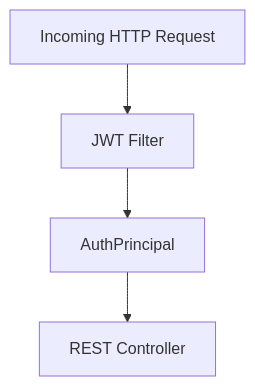
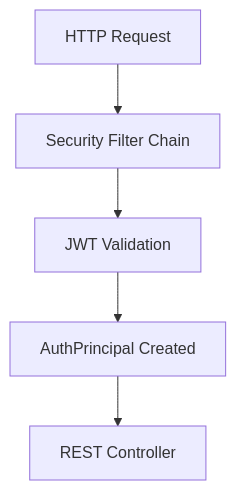
One commit to flamingo-stack/openframe-oss-lib changed the fifth of 5 diagrams in docs/reference/architecture/api-service-core-rest-controllers/api-service-core-rest-controllers.md. Above: the diagram before and after it, drawn with Mermaid. The commit also changed other lines of this file and 1809 other files, not shown here.

````diff
--- a/docs/reference/architecture/api-service-core-rest-controllers/api-service-core-rest-controllers.md
+++ b/docs/reference/architecture/api-service-core-rest-controllers/api-service-core-rest-controllers.md
@@ -386,6 +395,7 @@
 ```mermaid
 flowchart TD
-    Request["Incoming HTTP Request"] --> Filter["JWT Filter"]
-    Filter --> Principal["AuthPrincipal"]
+    Request["HTTP Request"] --> FilterChain["Security Filter Chain"]
+    FilterChain --> JwtValidation["JWT Validation"]
+    JwtValidation --> Principal["AuthPrincipal Created"]
     Principal --> Controller["REST Controller"]
 ```
````
